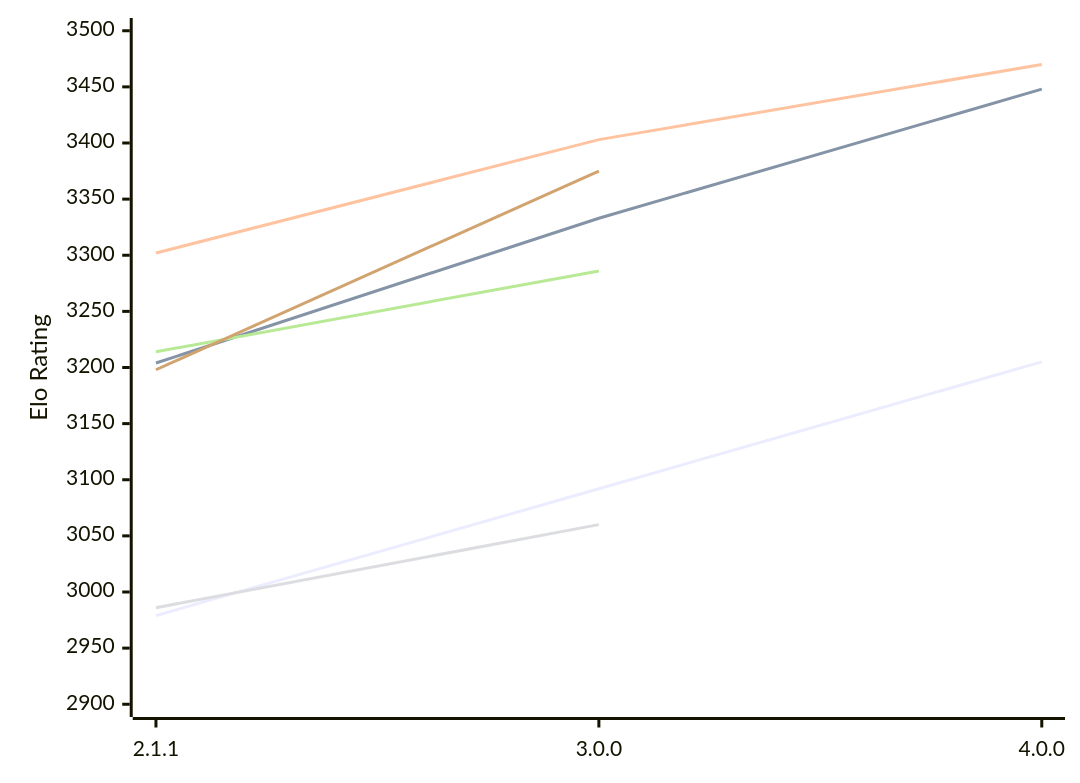
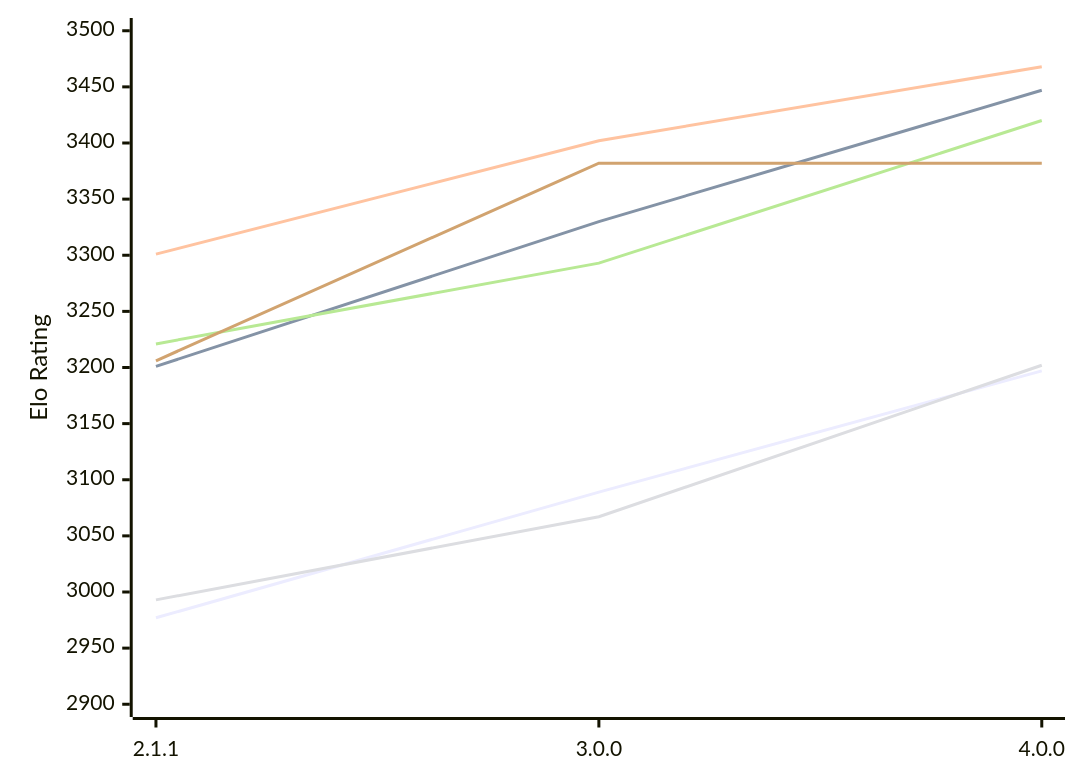
One commit to computer-chess-index/cci changed the first of 2 diagrams in engines/Bread.md. Above: the diagram before and after it, drawn with Mermaid. The commit also changed other lines of this file, not shown here.

Commit message:
Update CCI Ratings (ELO VLTC) - 2026-11-23

````diff
--- a/engines/Bread.md
+++ b/engines/Bread.md
@@ -52,12 +53,12 @@
 ```mermaid
 %%{init: {"theme":"base","themeVariables":{"seriesColors:['#a3a3a3','#222221','#faa371']}}}%%
 xychart-beta
   x-axis ["2.1.1", "3.0.0", "4.0.0"]
   y-axis "Elo Rating" 2900 --> 3500
-  line "E1: STC (8.0+0.08s)" [2979, 3092, 3205]
-  line "E1: LTC (60.0+0.60s)" [3204, 3333, 3448]
-  line "E1: VLTC (2m24s+1.12s)" [3302, 3403, 3470]
-  line "P1: STC (8.0+0.08s)" [2986, 3060]
-  line "P1: LTC (60.0+0.60s)" [3214, 3286]
-  line "P1: VLTC (2m24s+1.12s)" [3198, 3375]
+  line "E1: STC (8.0+0.08s)" [2977, 3089, 3197]
+  line "E1: LTC (60.0+0.60s)" [3201, 3330, 3447]
+  line "E1: VLTC (2m24s+1.12s)" [3301, 3402, 3468]
+  line "P1: STC (8.0+0.08s)" [2993, 3067, 3202]
+  line "P1: LTC (60.0+0.60s)" [3221, 3293, 3420]
+  line "P1: VLTC (2m24s+1.12s)" [3206, 3382, 3382]
 ```
````
